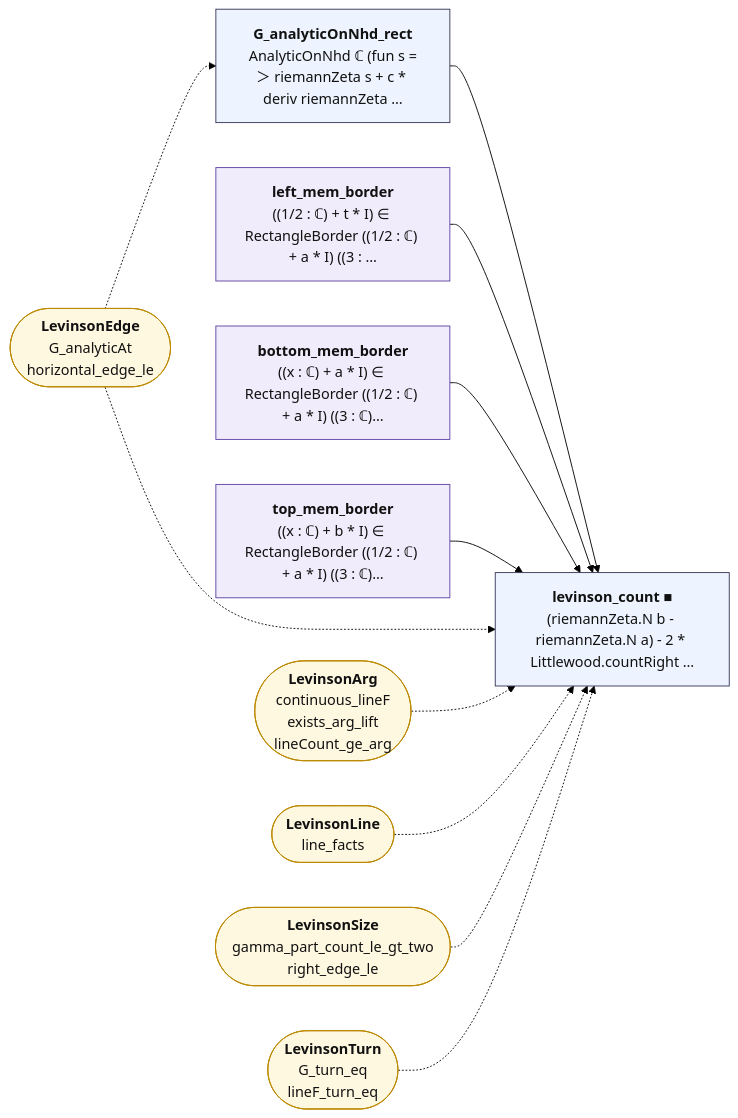
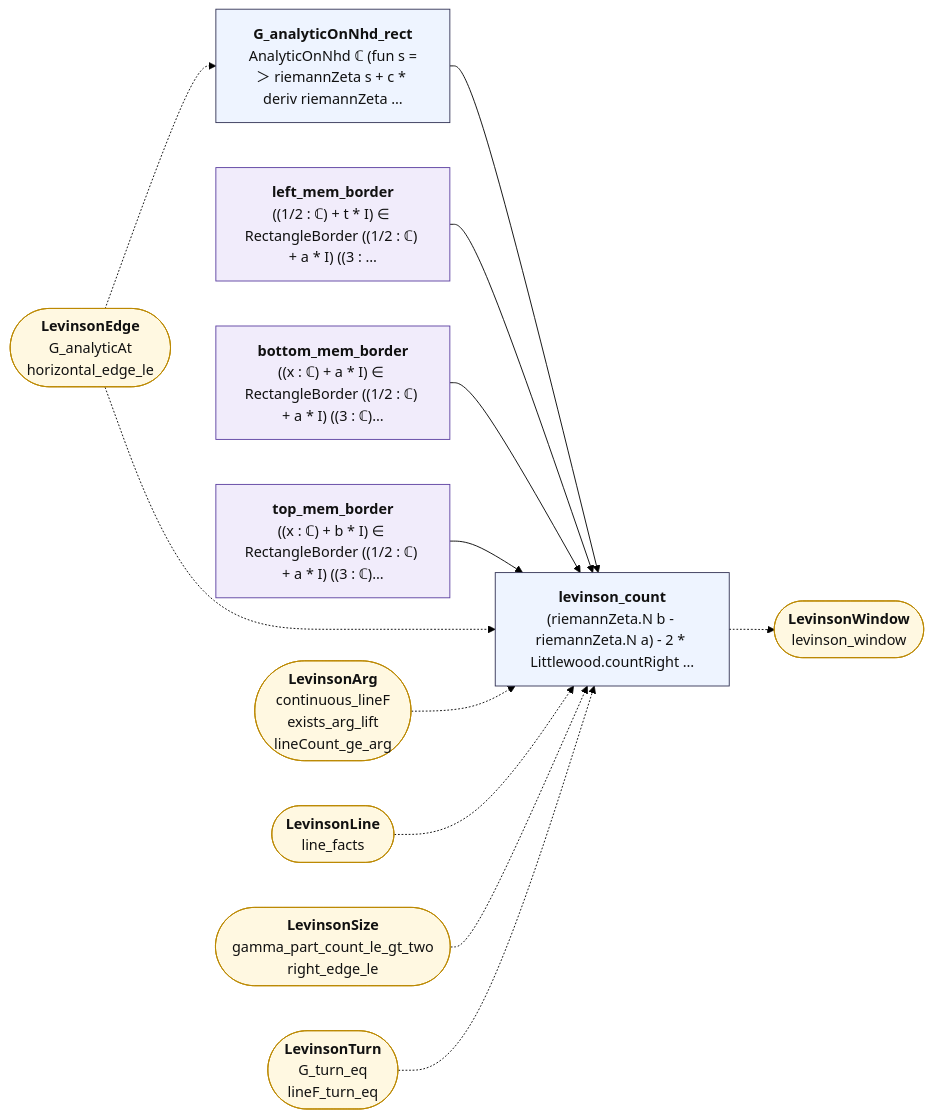
Before and after one commit to juliansambranojr/Primebeat_081426: the diagram in map/lean_stage3/LevinsonCount.md, drawn with Mermaid (forest theme). The commit also changed other lines of this file and 37 other files, not shown here.

````diff
--- a/map/lean_stage3/LevinsonCount.md
+++ b/map/lean_stage3/LevinsonCount.md
@@ -14,31 +14,33 @@
 ```mermaid
 flowchart LR
   n0["<b>G_analyticOnNhd_rect</b><br/>AnalyticOnNhd ℂ (fun s =＞ riemannZeta s + c * deriv riemannZeta …"]:::thm
   n1["<b>left_mem_border</b><br/>((1/2 : ℂ) + t * I) ∈ RectangleBorder ((1/2 : ℂ) + a * I) ((3 : …"]:::shp
   n2["<b>bottom_mem_border</b><br/>((x : ℂ) + a * I) ∈ RectangleBorder ((1/2 : ℂ) + a * I) ((3 : ℂ)…"]:::shp
   n3["<b>top_mem_border</b><br/>((x : ℂ) + b * I) ∈ RectangleBorder ((1/2 : ℂ) + a * I) ((3 : ℂ)…"]:::shp
-  n4["<b>levinson_count ■</b><br/>(riemannZeta.N b - riemannZeta.N a) - 2 * Littlewood.countRight …"]:::thm
+  n4["<b>levinson_count</b><br/>(riemannZeta.N b - riemannZeta.N a) - 2 * Littlewood.countRight …"]:::thm
   x0(["<b>LevinsonEdge</b><br/>G_analyticAt<br/>horizontal_edge_le"]):::ext
   x1(["<b>LevinsonArg</b><br/>continuous_lineF<br/>exists_arg_lift<br/>lineCount_ge_arg"]):::ext
   x2(["<b>LevinsonLine</b><br/>line_facts"]):::ext
   x3(["<b>LevinsonSize</b><br/>gamma_part_count_le_gt_two<br/>right_edge_le"]):::ext
   x4(["<b>LevinsonTurn</b><br/>G_turn_eq<br/>lineF_turn_eq"]):::ext
+  x5(["<b>LevinsonWindow</b><br/>levinson_window"]):::ext
   n0 --> n4
   n1 --> n4
   n2 --> n4
   n3 --> n4
+  n4 -.-> x5
   x0 -.-> n0
   x0 -.-> n4
   x1 -.-> n4
   x2 -.-> n4
   x3 -.-> n4
   x4 -.-> n4
   classDef cnt fill:#dff5ec,stroke:#17694a,color:#111
   classDef shp fill:#f1ecfb,stroke:#5b3fa0,color:#111
   classDef rh fill:#ffe5e5,stroke:#c22,color:#111,stroke-width:2px
   classDef thm fill:#eef4ff,stroke:#335,color:#111
   classDef end_ fill:#e7f7e7,stroke:#2a7,color:#111,stroke-width:2px
   classDef lone fill:#fff,stroke:#999,color:#111,stroke-dasharray:4 3
   classDef bad fill:#ffe5e5,stroke:#c22,color:#111,stroke-width:2px
   classDef ext fill:#fff8e1,stroke:#b80,color:#111
 ```
````
